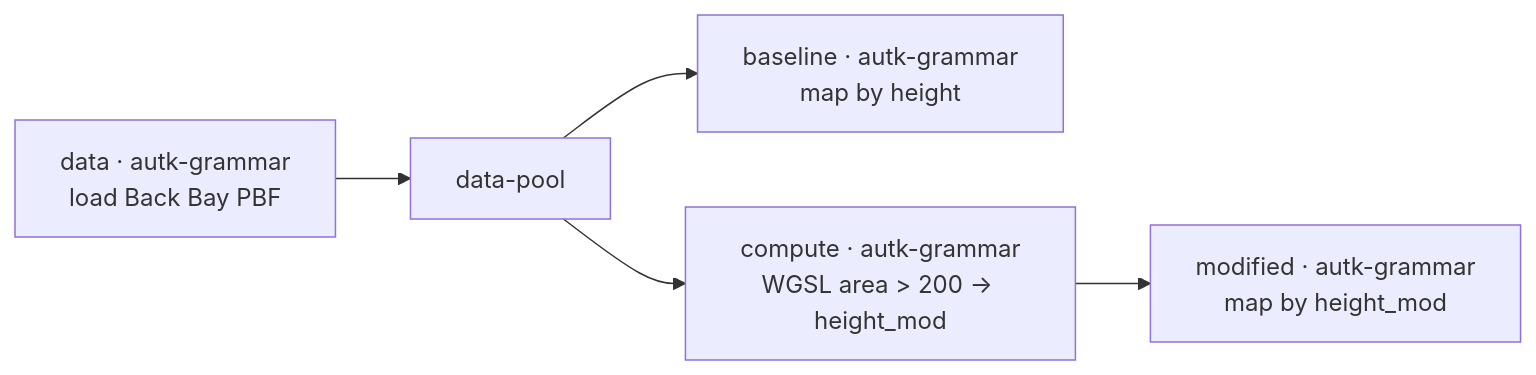
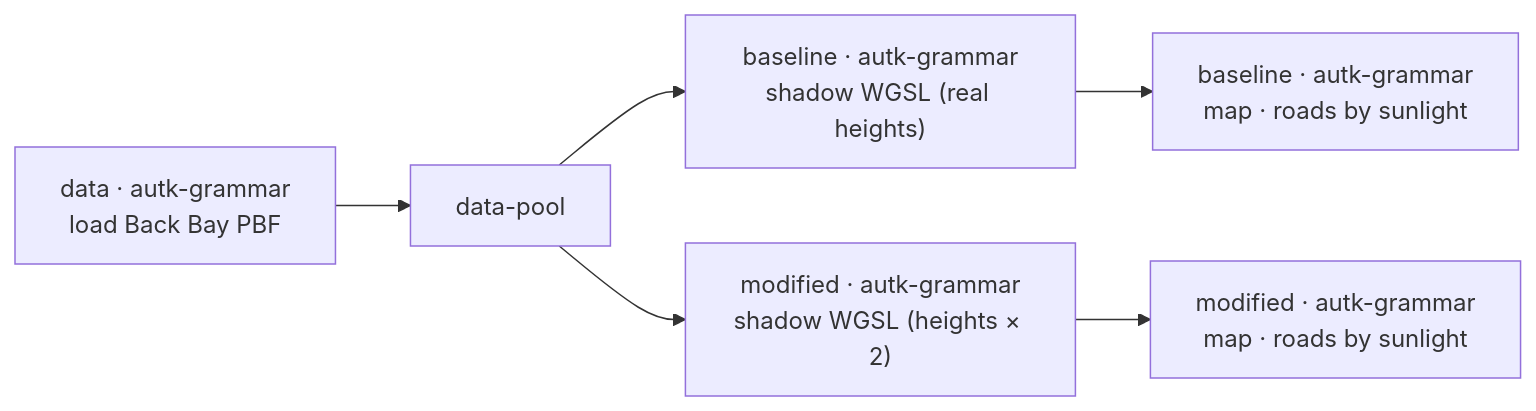
One commit to urban-toolkit/curio changed the diagram in docs/examples/06-autark-what-if-shadow-study.md. Above: the diagram before and after it, drawn with Mermaid. The commit also changed other lines of this file and 1 other file, not shown here.

Commit message:
Reworks example 6 as baseline-vs-2x-heights shadow comparison

````diff
--- a/docs/examples/06-autark-what-if-shadow-study.md
+++ b/docs/examples/06-autark-what-if-shadow-study.md
@@ -17,12 +16,12 @@
 ```mermaid
 flowchart LR
   D["data · autk-grammar<br/>load Back Bay PBF"]
   P["data-pool"]
-  BM["baseline · autk-grammar<br/>map by height"]
-  C["compute · autk-grammar<br/>WGSL area > 200 → height_mod"]
-  MM["modified · autk-grammar<br/>map by height_mod"]
+  BC["baseline · autk-grammar<br/>shadow WGSL (real heights)"]
+  BM["baseline · autk-grammar<br/>map · roads by sunlight"]
+  MC["modified · autk-grammar<br/>shadow WGSL (heights × 2)"]
+  MM["modified · autk-grammar<br/>map · roads by sunlight"]
   D --> P
-  P --> BM
-  P --> C
-  C --> MM
+  P --> BC --> BM
+  P --> MC --> MM
 ```
````
